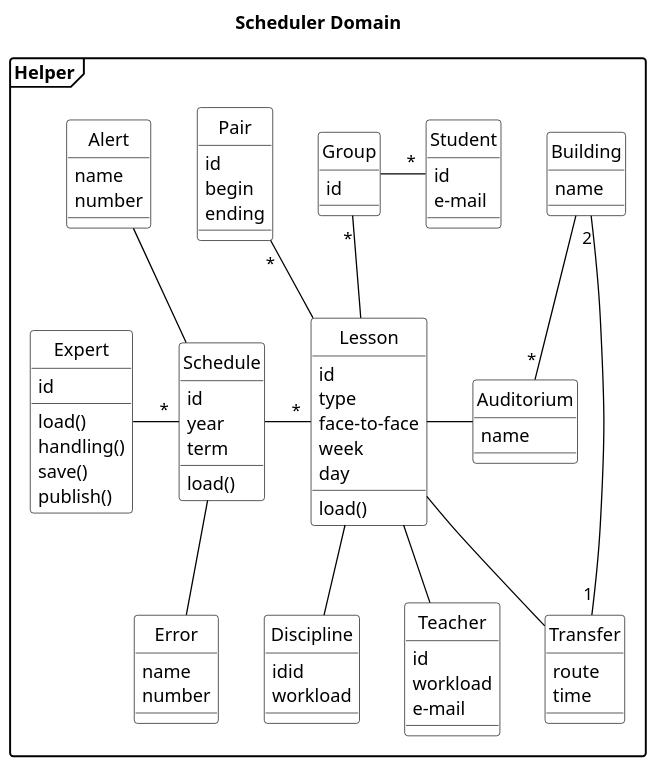
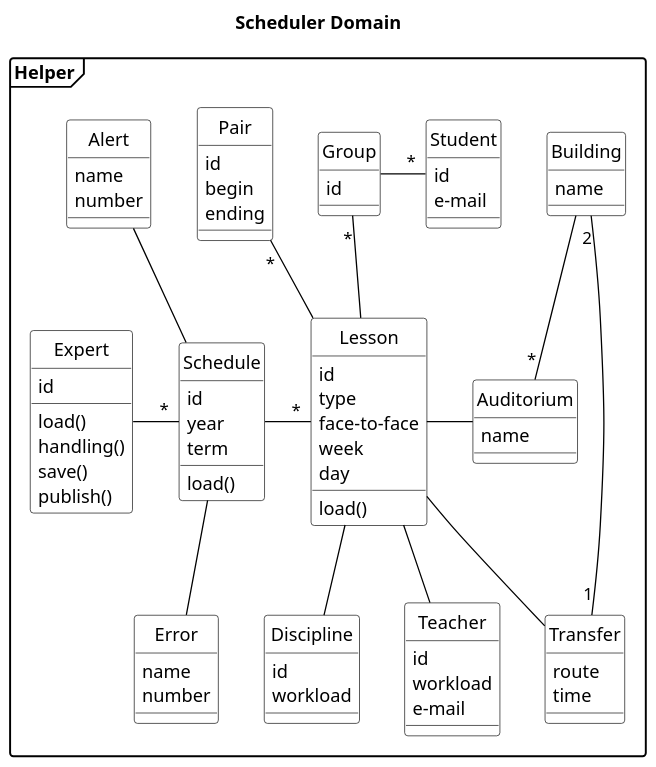
Before and after one commit to AlexFatkin/UniversityScheduleController: the diagram in UML/Scheduler_classes.puml, drawn with PlantUML. The commit also changed 2 other files, not shown here.

```diff
--- a/UML/Scheduler_classes.puml
+++ b/UML/Scheduler_classes.puml
@@ -2,96 +2,96 @@
 @startuml
 title Scheduler Domain
 skinparam class {
 BackgroundColor White
 ArrowColor Black
 BorderColor Black
 }
 skinparam object {
 BackgroundColor White
 ArrowColor Black
 BorderColor Black
 }
 hide circle
 'hide members
 scale 1.3
 skinparam DefaultTextAlignment left
 skinparam shadowing false
 'skinparam monochrome true
 skinparam packageStyle frame
 
 package Helper {
 class Error{
 name
 number
 }
 class Alert{
 name
 number
 }
 
 class Expert{
 id
 load()
 handling()
 save()
 publish()
 }
 class Schedule{
 id
 year
 term
 load()
 }
 class Lesson{
 id
 type
 face-to-face
 week
 day
 load()
 }
 class Teacher{
 id
 workload
 e-mail
 }
 class Discipline{
-idid
+id
 workload
 }
 class Pair {
 id
 begin
 ending
 }
 class Student{
 id
 e-mail
 }
 class Group{
 id
 }
 class Building {
 name
 }
 class Auditorium {
 name
 }
 class Transfer {
 route
 time
 }
 Expert -"*" Schedule
 Alert -- Schedule
 Lesson --Teacher
 Schedule -- Error
 Group "*"-- Lesson
 Schedule -"*" Lesson
 Building "2"-"1" Transfer
 Lesson -- Discipline
 Group -"*" Student
 Lesson --Transfer
 Pair "*"-- Lesson
 Building --"*" Auditorium
 Lesson - Auditorium
 @enduml
```
